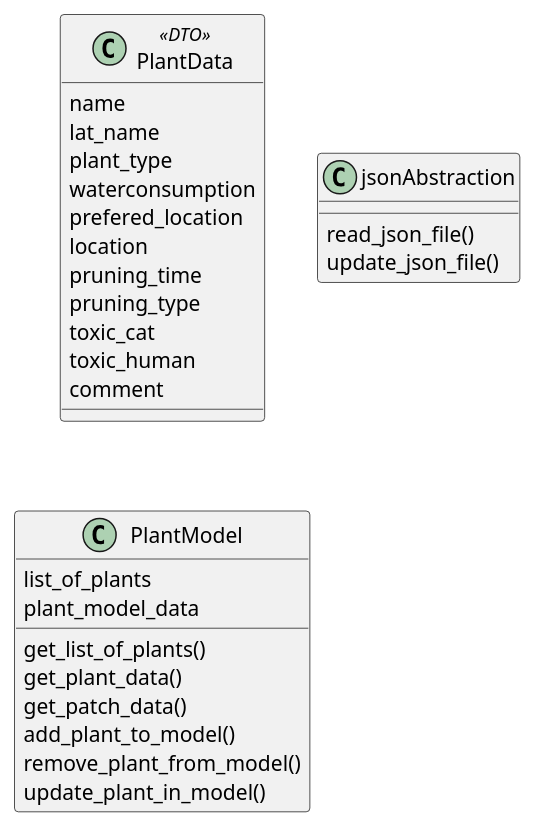
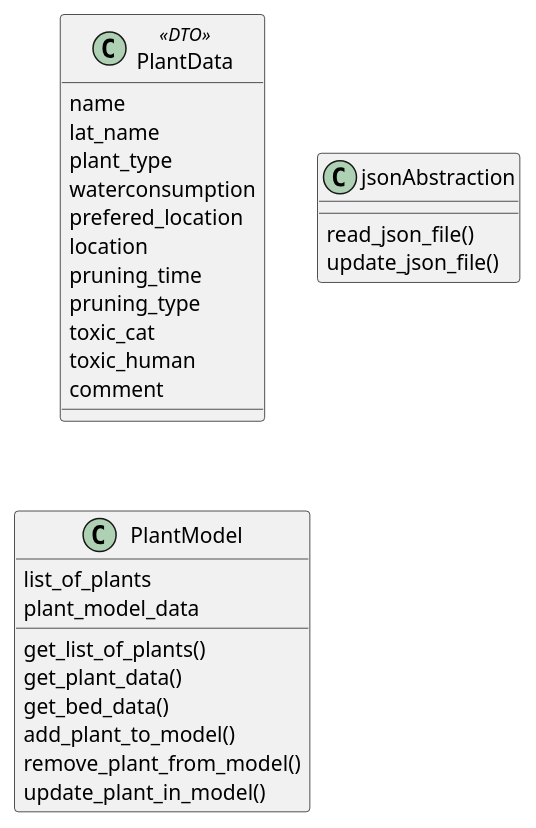
One commit to Project1989/PlantDB1.0 changed the diagram in doc/plantuml/ClassDiagram_PlantModel.puml. Above: the diagram before and after it, drawn with PlantUML. The commit also changed 26 other files, not shown here.

```diff
--- a/doc/plantuml/ClassDiagram_PlantModel.puml
+++ b/doc/plantuml/ClassDiagram_PlantModel.puml
@@ -1,34 +1,34 @@
 @startuml Classdiagram PlantModel
 
 class PlantData <<DTO>>{
     name
     lat_name
     plant_type
     waterconsumption
     prefered_location
     location
     pruning_time
     pruning_type
     toxic_cat
     toxic_human
     comment
 }
 
 class jsonAbstraction{
 read_json_file()
 update_json_file()
 }
 
 class PlantModel{
     list_of_plants
     plant_model_data
     get_list_of_plants()
     get_plant_data()
-    get_patch_data()
+    get_bed_data()
     add_plant_to_model()
     remove_plant_from_model()
     update_plant_in_model()
 
 }
 
 @enduml
```
